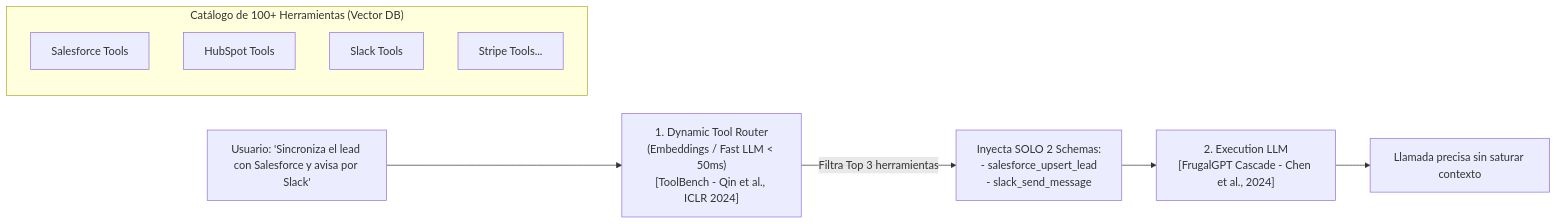
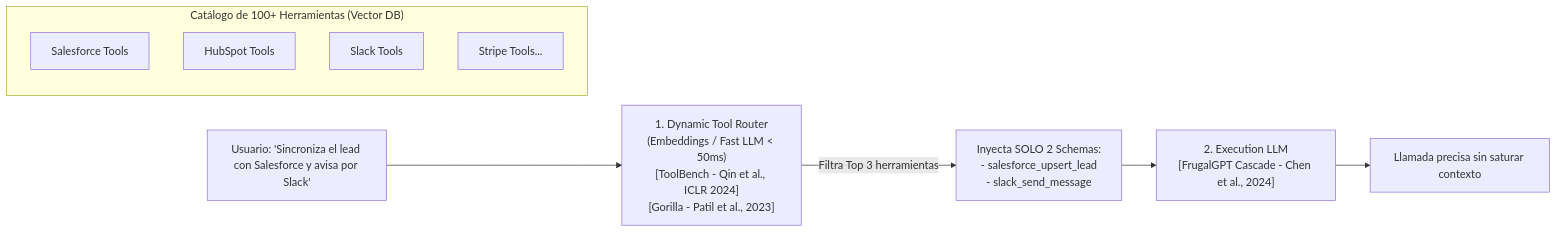
Before and after one commit to trautslab/ai-sdlc-framework: the third of 4 diagrams in docs/deep-dives/02-CONTEXT-GOVERNANCE-TOKENOMICS-AND-PLATFORMS.md, drawn with Mermaid. The commit also changed other lines of this file, not shown here.

Commit message:
docs(deep-dives): enhance section 3 with visible platform configurations and expand academic bibliography to 14 foundational papers (Compound AI, Anthropic Agents, Gorilla, AutoGen, SGLang)

````diff
--- a/docs/deep-dives/02-CONTEXT-GOVERNANCE-TOKENOMICS-AND-PLATFORMS.md
+++ b/docs/deep-dives/02-CONTEXT-GOVERNANCE-TOKENOMICS-AND-PLATFORMS.md
@@ -101,15 +101,15 @@
 ```mermaid
 flowchart LR
-    UserQuery["Usuario: 'Sincroniza el lead con Salesforce y avisa por Slack'"] --> Router["1. Dynamic Tool Router\n(Embeddings / Fast LLM < 50ms)\n[ToolBench - Qin et al., ICLR 2024]"]
+    UserQuery["Usuario: 'Sincroniza el lead con Salesforce y avisa por Slack'"] --> Router["1. Dynamic Tool Router\n(Embeddings / Fast LLM < 50ms)\n[ToolBench - Qin et al., ICLR 2024]\n[Gorilla - Patil et al., 2023]"]
     
     subgraph TOOL_CATALOG["Catálogo de 100+ Herramientas (Vector DB)"]
         T1["Salesforce Tools"]
         T2["HubSpot Tools"]
         T3["Slack Tools"]
         T4["Stripe Tools..."]
     end
     
     Router -->|Filtra Top 3 herramientas| ToolSchemas["Inyecta SOLO 2 Schemas:\n- salesforce_upsert_lead\n- slack_send_message"]
     ToolSchemas --> ExecutionLLM["2. Execution LLM\n[FrugalGPT Cascade - Chen et al., 2024]"]
     ExecutionLLM --> Result["Llamada precisa sin saturar contexto"]
 ```
````
